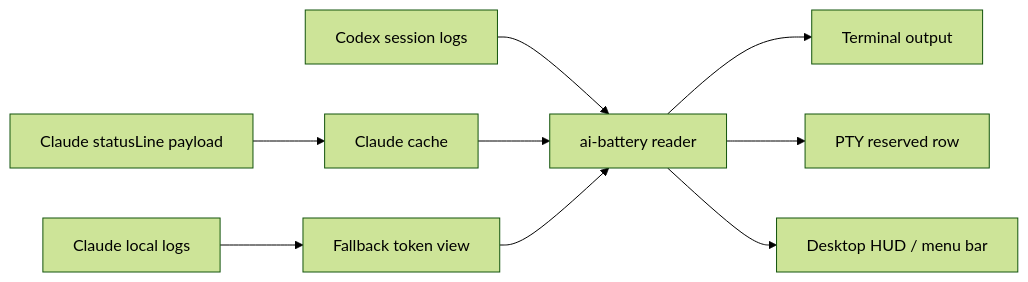
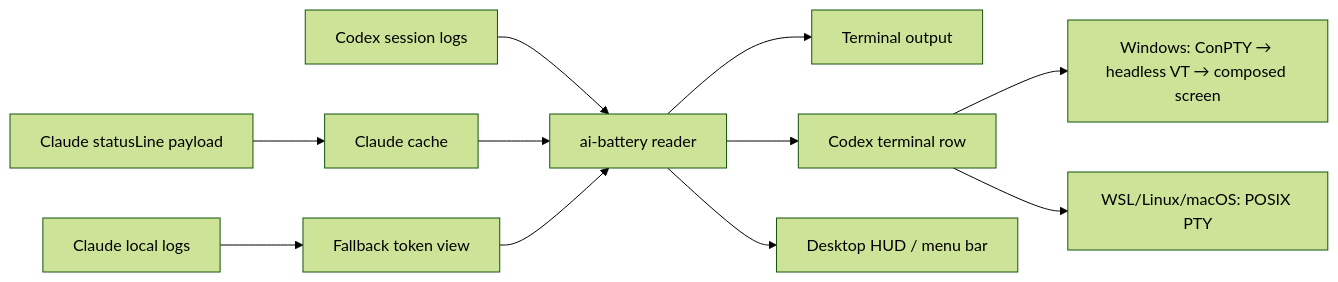
Before and after one commit to hojin-v/ai-battery: the diagram in README.md, drawn with Mermaid (forest theme). The commit also changed other lines of this file and 20 other files, not shown here.

First line of the commit message:
Improve Codex recovery and Windows terminal composition

````diff
--- a/README.md
+++ b/README.md
@@ -311,11 +335,13 @@
 ```mermaid
 flowchart LR
     C[Codex session logs] --> R[ai-battery reader]
     S[Claude statusLine payload] --> K[Claude cache]
     K --> R
     L[Claude local logs] --> F[Fallback token view]
     F --> R
     R --> T[Terminal output]
-    R --> P[PTY reserved row]
+    R --> P[Codex terminal row]
+    P --> W[Windows: ConPTY → headless VT → composed screen]
+    P --> U[WSL/Linux/macOS: POSIX PTY]
     R --> H[Desktop HUD / menu bar]
 ```
````
